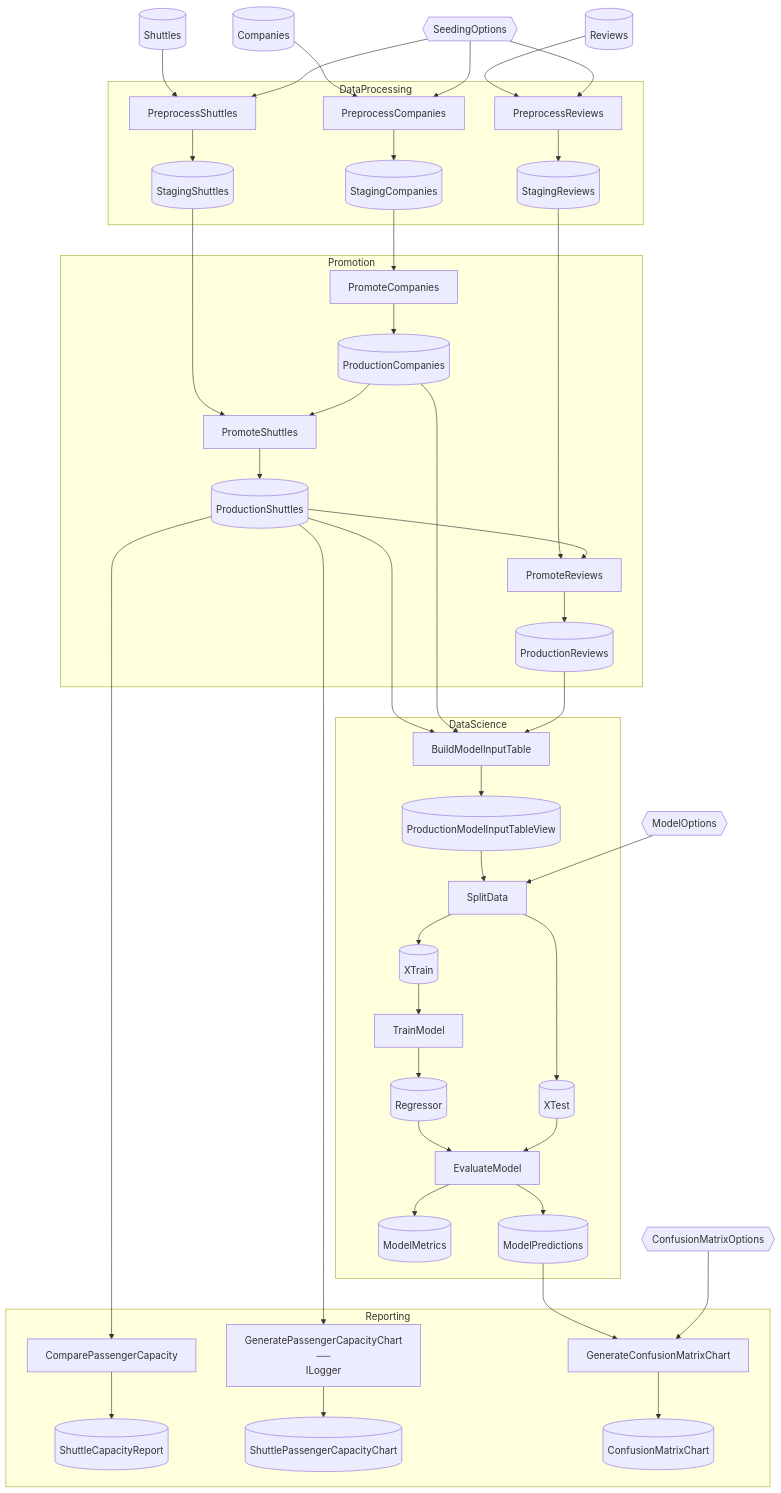
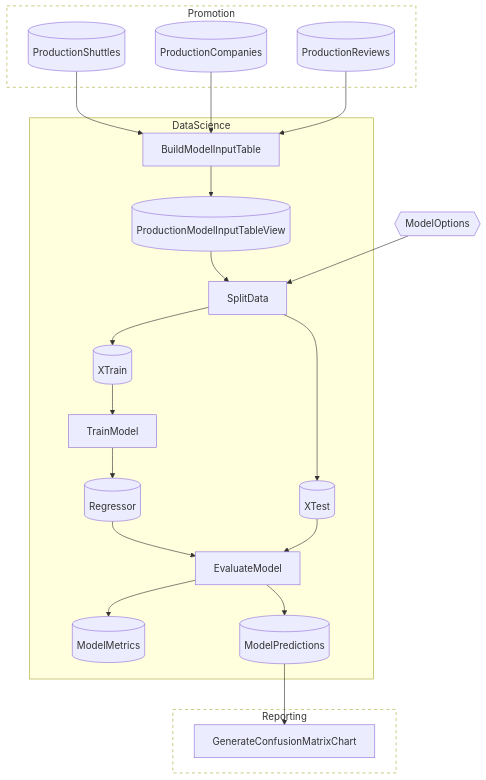
One commit to chaoticgoodcomputing/flowthru changed the second of 4 diagrams in examples/advanced/SpaceflightsStagingSchema/README.md. Above: the diagram before and after it, drawn with Mermaid. The commit also changed other lines of this file and 16 other files, not shown here.

Commit message:
feat: mermaid split-diagrams for >3 flows in a DAG

````diff
--- a/examples/advanced/SpaceflightsStagingSchema/README.md
+++ b/examples/advanced/SpaceflightsStagingSchema/README.md
@@ -45,20 +91,12 @@
 flowchart TB
 
     %% External Data Inputs
-    Companies[("Companies")]
-    ConfusionMatrixOptions{{"ConfusionMatrixOptions"}}
     ModelOptions{{"ModelOptions"}}
-    Reviews[("Reviews")]
-    SeedingOptions{{"SeedingOptions"}}
-    Shuttles[("Shuttles")]
 
-    subgraph DataProcessing["DataProcessing"]
-        PreprocessCompanies["PreprocessCompanies"]
-        StagingCompanies[("StagingCompanies")]
-        PreprocessShuttles["PreprocessShuttles"]
-        StagingShuttles[("StagingShuttles")]
-        PreprocessReviews["PreprocessReviews"]
-        StagingReviews[("StagingReviews")]
+    subgraph Promotion_us["Promotion"]
+        ProductionCompanies[("ProductionCompanies")]
+        ProductionReviews[("ProductionReviews")]
+        ProductionShuttles[("ProductionShuttles")]
     end
 
     subgraph DataScience["DataScience"]
@@ -74,46 +112,11 @@
         ModelPredictions[("ModelPredictions")]
     end
 
-    subgraph Promotion["Promotion"]
-        PromoteCompanies["PromoteCompanies"]
-        ProductionCompanies[("ProductionCompanies")]
-        PromoteShuttles["PromoteShuttles"]
-        ProductionShuttles[("ProductionShuttles")]
-        PromoteReviews["PromoteReviews"]
-        ProductionReviews[("ProductionReviews")]
-    end
-
-    subgraph Reporting["Reporting"]
-        ComparePassengerCapacity["ComparePassengerCapacity"]
-        ShuttleCapacityReport[("ShuttleCapacityReport")]
-        GeneratePassengerCapacityChart["GeneratePassengerCapacityChart<br>──<br>ILogger"]
-        ShuttlePassengerCapacityChart[("ShuttlePassengerCapacityChart")]
+    subgraph Reporting_ds["Reporting"]
         GenerateConfusionMatrixChart["GenerateConfusionMatrixChart"]
-        ConfusionMatrixChart[("ConfusionMatrixChart")]
     end
 
     %% Edges
-    Companies --> PreprocessCompanies
-    SeedingOptions --> PreprocessCompanies
-    PreprocessCompanies --> StagingCompanies
-    Shuttles --> PreprocessShuttles
-    SeedingOptions --> PreprocessShuttles
-    PreprocessShuttles --> StagingShuttles
-    Reviews --> PreprocessReviews
-    SeedingOptions --> PreprocessReviews
-    PreprocessReviews --> StagingReviews
-    StagingCompanies --> PromoteCompanies
-    PromoteCompanies --> ProductionCompanies
-    StagingShuttles --> PromoteShuttles
-    ProductionCompanies --> PromoteShuttles
-    PromoteShuttles --> ProductionShuttles
-    StagingReviews --> PromoteReviews
-    ProductionShuttles --> PromoteReviews
-    PromoteReviews --> ProductionReviews
-    ProductionShuttles --> ComparePassengerCapacity
-    ComparePassengerCapacity --> ShuttleCapacityReport
-    ProductionShuttles --> GeneratePassengerCapacityChart
-    GeneratePassengerCapacityChart --> ShuttlePassengerCapacityChart
     ProductionShuttles --> BuildModelInputTable
     ProductionCompanies --> BuildModelInputTable
     ProductionReviews --> BuildModelInputTable
@@ -129,7 +132,7 @@
     EvaluateModel --> ModelMetrics
     EvaluateModel --> ModelPredictions
     ModelPredictions --> GenerateConfusionMatrixChart
-    ConfusionMatrixOptions --> GenerateConfusionMatrixChart
-    GenerateConfusionMatrixChart --> ConfusionMatrixChart
 
+    classDef collapsed stroke-dasharray:5 5,fill:transparent
+    class Promotion_us,Reporting_ds collapsed
 ```
````
